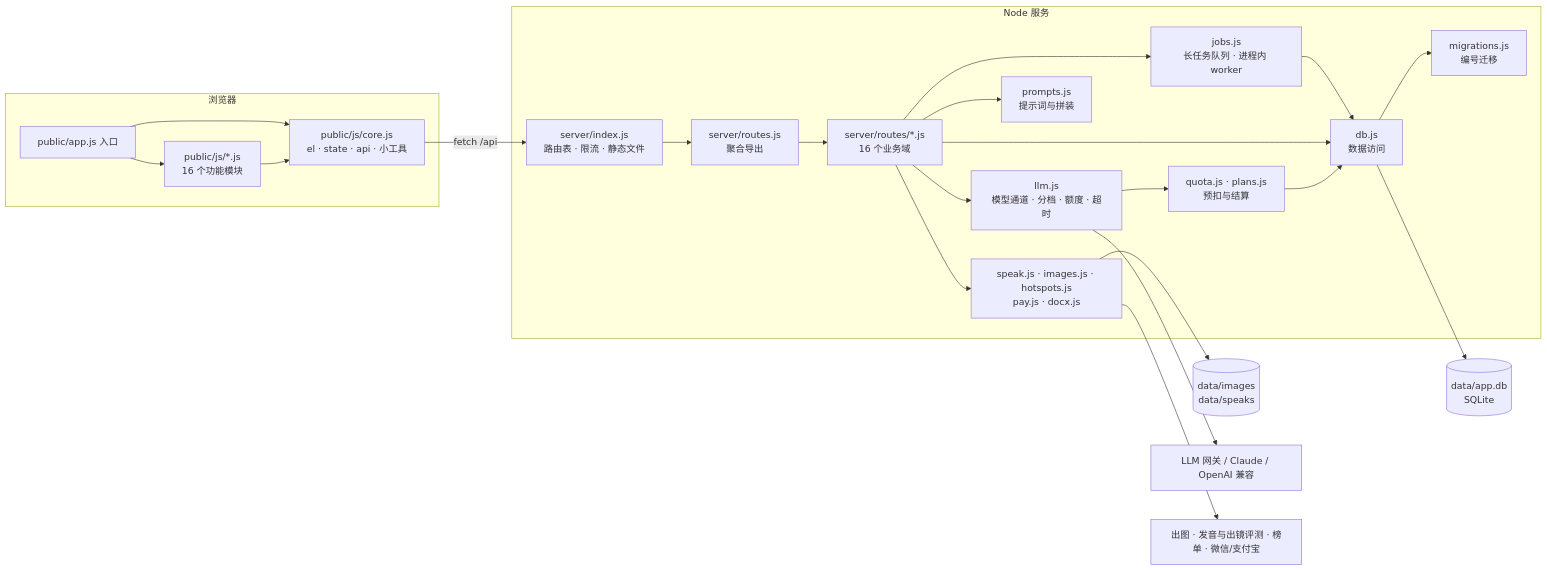
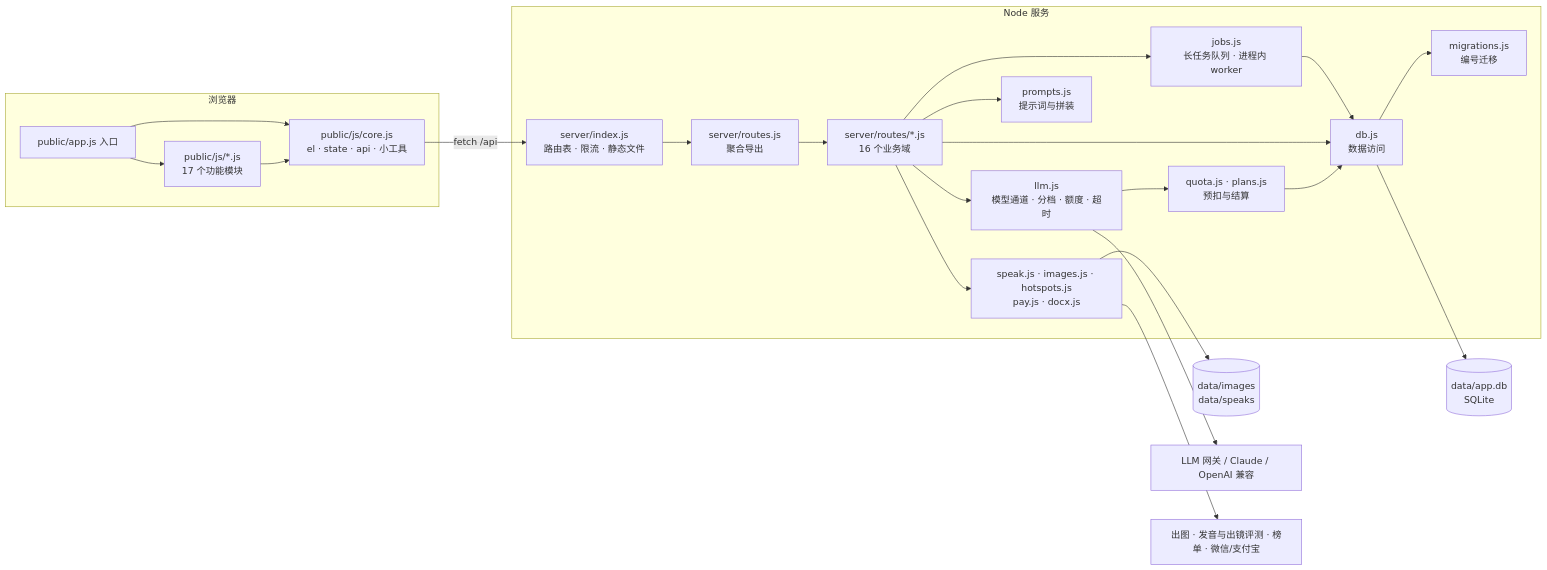
Before and after one commit to wjh2113/ip-studio: the diagram in docs/ARCHITECTURE.md, drawn with Mermaid. The commit also changed 14 other files, not shown here.

````diff
--- a/docs/ARCHITECTURE.md
+++ b/docs/ARCHITECTURE.md
@@ -7,26 +7,26 @@
 ```mermaid
 flowchart LR
   subgraph 浏览器
     A[public/app.js 入口] --> C[public/js/core.js<br/>el · state · api · 小工具]
-    A --> F[public/js/*.js<br/>16 个功能模块]
+    A --> F[public/js/*.js<br/>17 个功能模块]
     F --> C
   end
   subgraph Node 服务
     I[server/index.js<br/>路由表 · 限流 · 静态文件] --> R[server/routes.js<br/>聚合导出]
     R --> RD[server/routes/*.js<br/>16 个业务域]
     RD --> L[llm.js<br/>模型通道 · 分档 · 额度 · 超时]
     RD --> P[prompts.js<br/>提示词与拼装]
     RD --> S[speak.js · images.js · hotspots.js<br/>pay.js · docx.js]
     RD --> J[jobs.js<br/>长任务队列 · 进程内 worker]
     J --> D
     L --> Q[quota.js · plans.js<br/>预扣与结算]
     RD --> D[db.js<br/>数据访问]
     Q --> D
     D --> M[migrations.js<br/>编号迁移]
   end
   C -- fetch /api --> I
   D --> DB[(data/app.db<br/>SQLite)]
   S --> FS[(data/images<br/>data/speaks)]
   L --> GW[LLM 网关 / Claude / OpenAI 兼容]
   S --> EXT[出图 · 发音与出镜评测 · 榜单 · 微信/支付宝]
 ```
````
